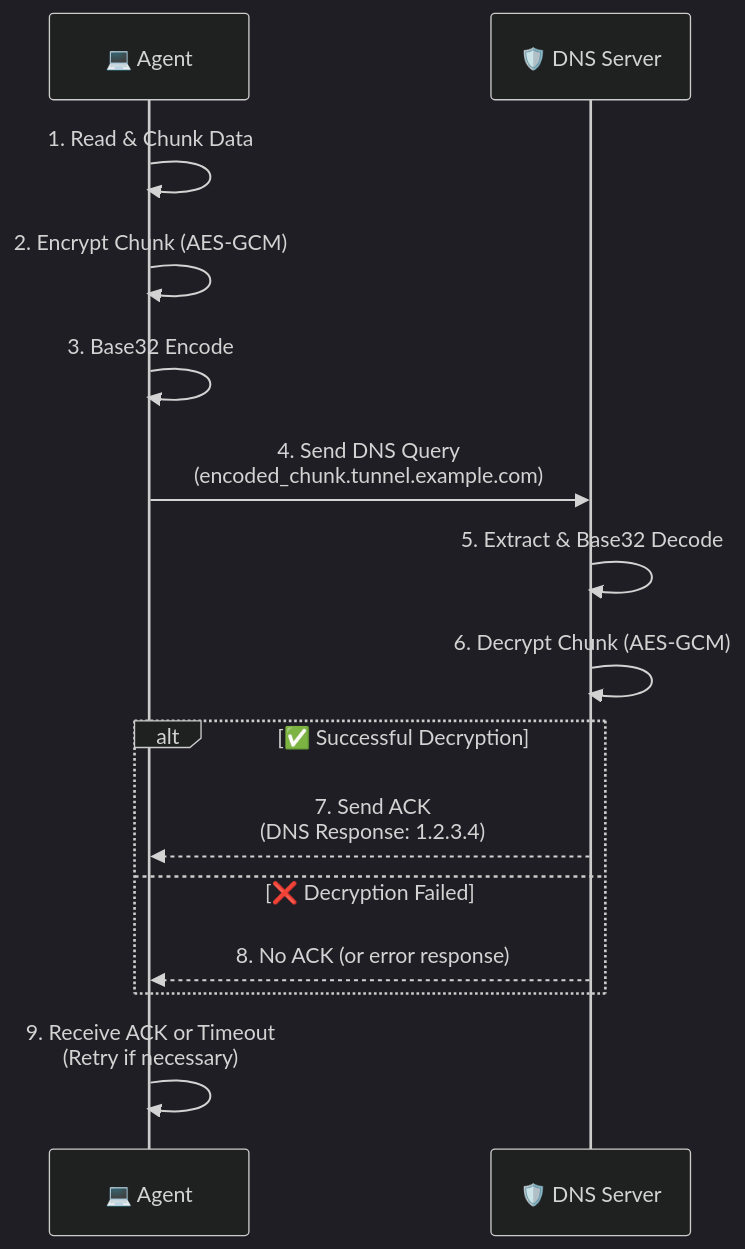
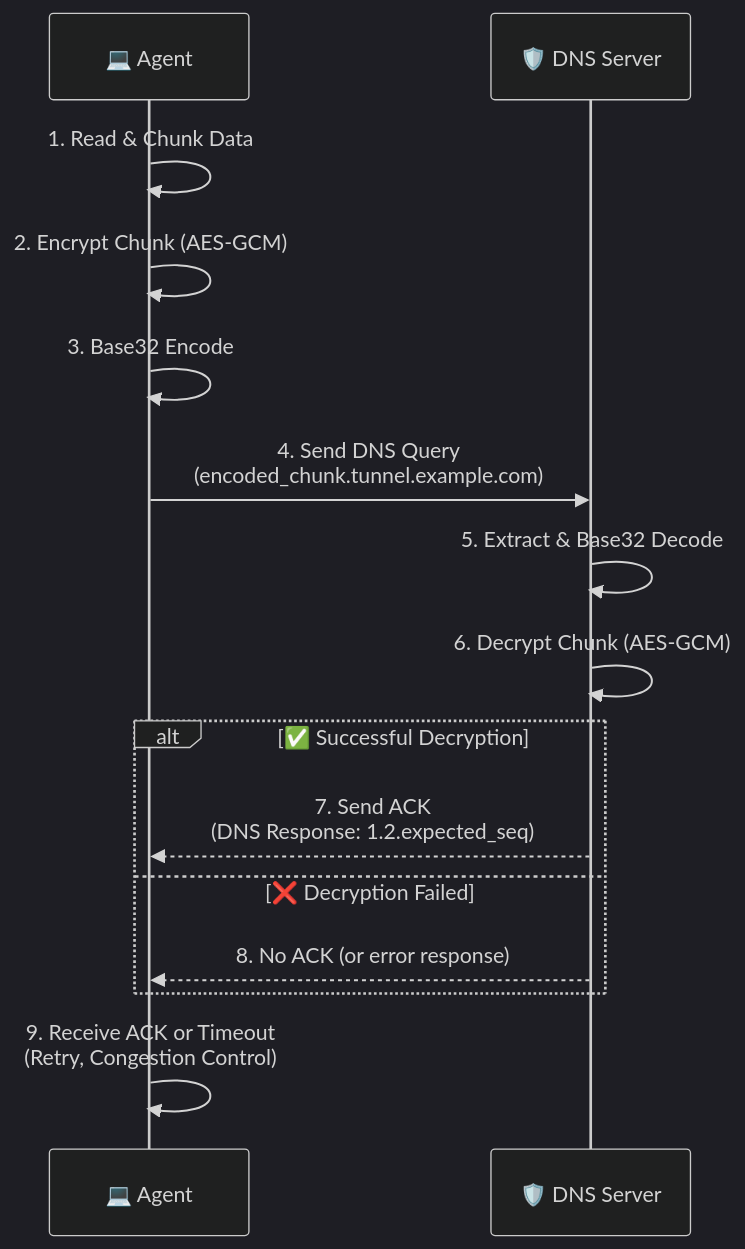
The diagram in README.md (Z-Naderi/secure-dns-tunnel), drawn with Mermaid (dark theme) before and after one commit. The commit also changed other lines of this file, not shown here.

````diff
--- a/README.md
+++ b/README.md
@@ -11,18 +11,18 @@
 ```mermaid
 sequenceDiagram
     participant Agent as 💻 Agent
     participant Server as 🛡️ DNS Server
 
     Agent->>Agent: 1. Read & Chunk Data
     Agent->>Agent: 2. Encrypt Chunk (AES-GCM)
     Agent->>Agent: 3. Base32 Encode
     Agent->>Server: 4. Send DNS Query<br/>(encoded_chunk.tunnel.example.com)
     Server->>Server: 5. Extract & Base32 Decode
     Server->>Server: 6. Decrypt Chunk (AES-GCM)
     alt ✅ Successful Decryption
-        Server-->>Agent: 7. Send ACK<br/>(DNS Response: 1.2.3.4)
+        Server-->>Agent: 7. Send ACK<br/>(DNS Response: 1.2.expected_seq)
     else ❌ Decryption Failed
         Server-->>Agent: 8. No ACK (or error response)
     end
-    Agent->>Agent: 9. Receive ACK or Timeout<br/>(Retry if necessary)
+    Agent->>Agent: 9. Receive ACK or Timeout<br/>(Retry, Congestion Control)
 ```
````
